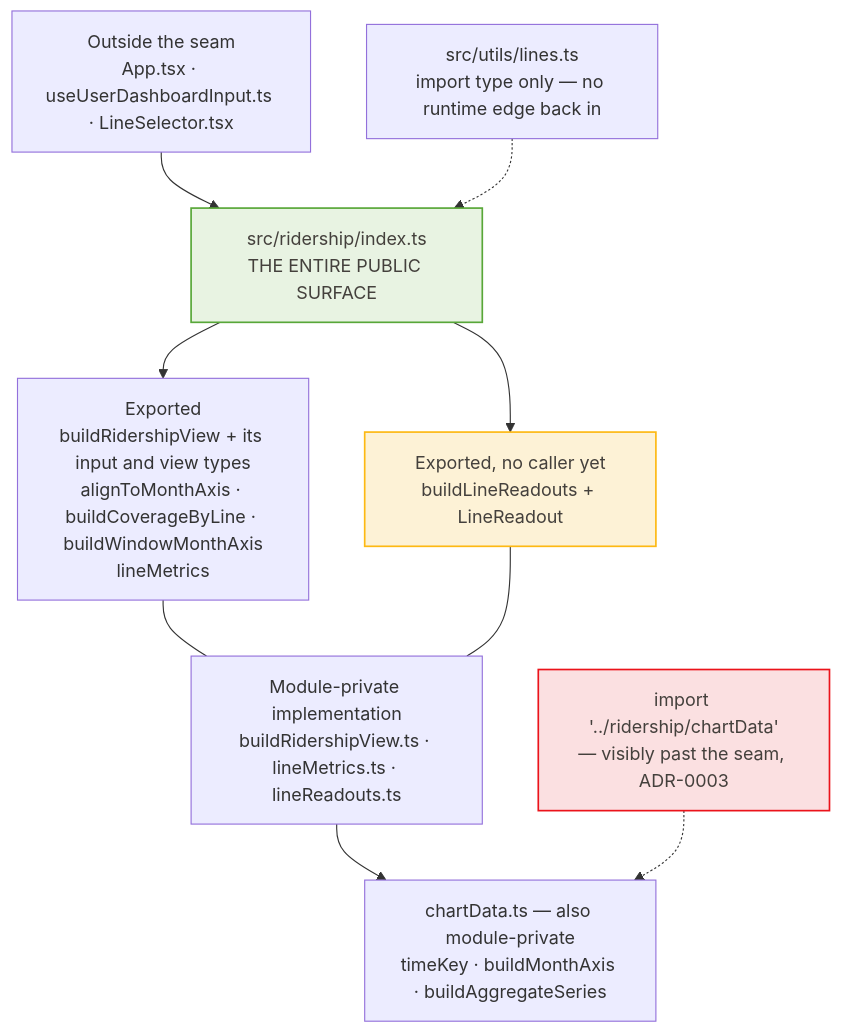
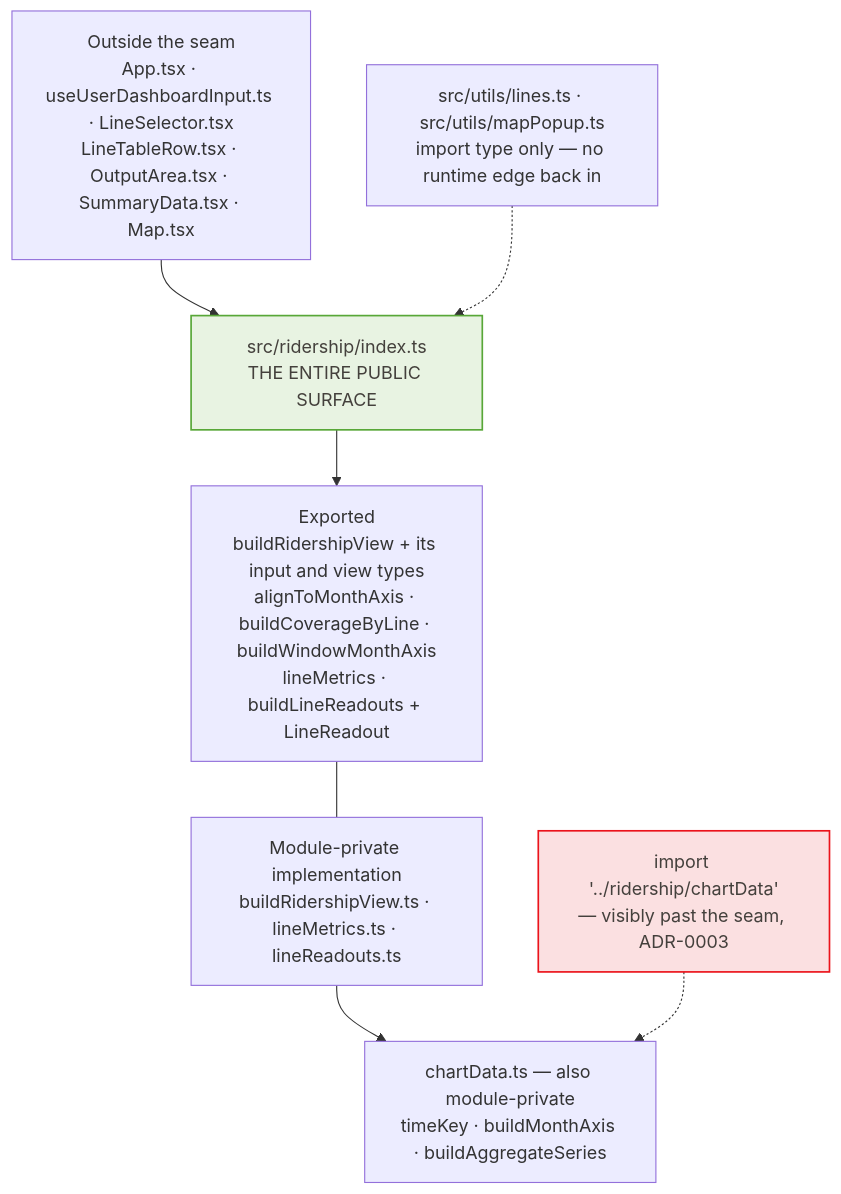
One commit to streetsforall/metro_ridership_app changed the diagram in docs/architecture/mermaid/12-ridership-module-seam.mmd. Above: the diagram before and after it, drawn with Mermaid. The commit also changed 11 other files, not shown here.

First line of the commit message:
docs: record that #154 moved the consumers onto Line Readouts

```diff
--- a/docs/architecture/mermaid/12-ridership-module-seam.mmd
+++ b/docs/architecture/mermaid/12-ridership-module-seam.mmd
@@ -1,29 +1,24 @@
 flowchart TB
-  importers["Outside the seam<br/>App.tsx · useUserDashboardInput.ts · LineSelector.tsx"]
-  utilsLines["src/utils/lines.ts<br/>import type only — no runtime edge back in"]
+  importers["Outside the seam<br/>App.tsx · useUserDashboardInput.ts · LineSelector.tsx<br/>LineTableRow.tsx · OutputArea.tsx · SummaryData.tsx · Map.tsx"]
+  utilsLines["src/utils/lines.ts · src/utils/mapPopup.ts<br/>import type only — no runtime edge back in"]
 
   idx["src/ridership/index.ts<br/>THE ENTIRE PUBLIC SURFACE"]
 
-  stable["Exported<br/>buildRidershipView + its input and view types<br/>alignToMonthAxis · buildCoverageByLine · buildWindowMonthAxis<br/>lineMetrics"]
-  readouts["Exported, no caller yet<br/>buildLineReadouts + LineReadout"]
+  stable["Exported<br/>buildRidershipView + its input and view types<br/>alignToMonthAxis · buildCoverageByLine · buildWindowMonthAxis<br/>lineMetrics · buildLineReadouts + LineReadout"]
 
   impl["Module-private implementation<br/>buildRidershipView.ts · lineMetrics.ts · lineReadouts.ts"]
   chartData["chartData.ts — also module-private<br/>timeKey · buildMonthAxis · buildAggregateSeries"]
 
   bad["import '../ridership/chartData'<br/>— visibly past the seam, ADR-0003"]
 
   importers --> idx
   utilsLines -.-> idx
   idx --> stable
-  idx --> readouts
   stable --- impl
-  readouts --- impl
   impl --> chartData
   bad -.-> chartData
 
   classDef surface fill:#e8f3e2,stroke:#58a738,stroke-width:1.5px,color:#44403c
   classDef cycle fill:#fbe0e1,stroke:#eb131b,stroke-width:1.5px,color:#44403c
-  classDef pending fill:#fdf2d6,stroke:#fdb913,stroke-width:1.5px,color:#44403c
   class idx surface
   class bad cycle
-  class readouts pending
```
